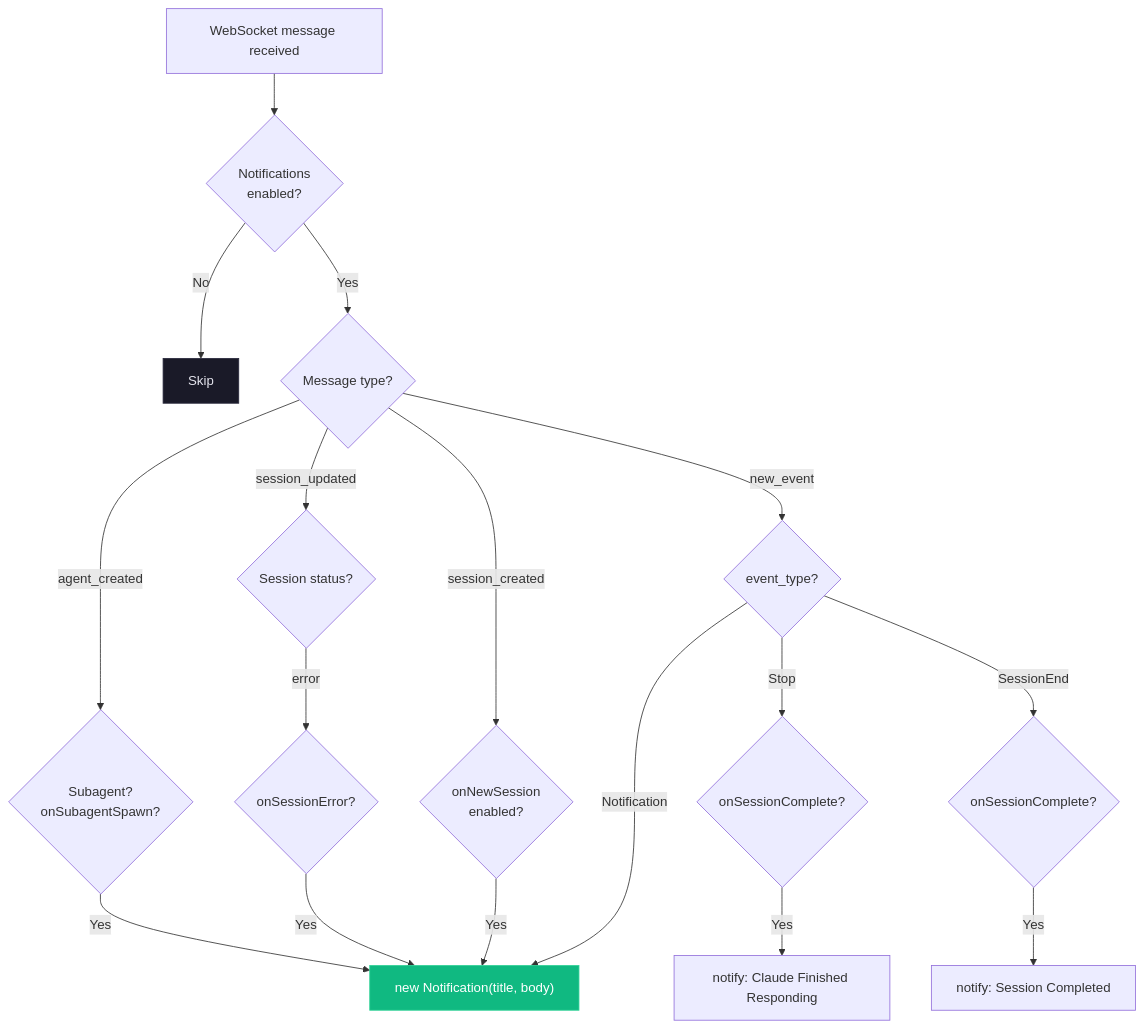
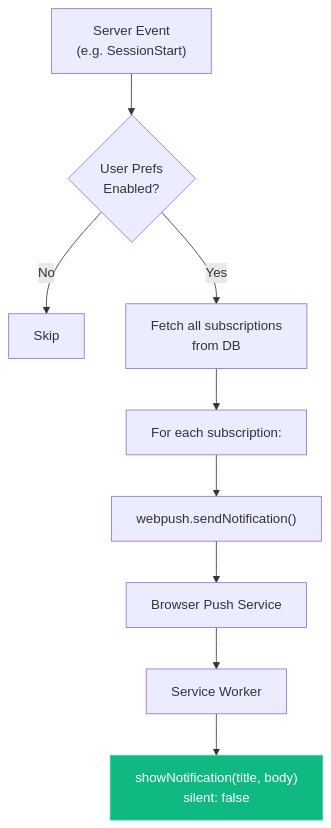
Before and after one commit to hoangsonww/Claude-Code-Agent-Monitor: diagram 24 of 31 in ARCHITECTURE.md, drawn with Mermaid. The commit also changed other lines of this file and 9 other files, not shown here.

First line of the commit message:
feat: add Web Push (VAPID) notifications and update documentation

````diff
--- a/ARCHITECTURE.md
+++ b/ARCHITECTURE.md
@@ -1196,26 +1217,13 @@
 ```mermaid
 flowchart TD
-    MSG["WebSocket message received"] --> CHECK_ENABLED{"Notifications<br/>enabled?"}
-    CHECK_ENABLED -->|No| SKIP[Skip]
-    CHECK_ENABLED -->|Yes| CHECK_TYPE{"Message type?"}
+    EVENT["Server Event<br/>(e.g. SessionStart)"] --> PREFS{"User Prefs<br/>Enabled?"}
+    PREFS -->|No| SKIP[Skip]
+    PREFS -->|Yes| SUBS["Fetch all subscriptions<br/>from DB"]
+    SUBS --> LOOP["For each subscription:"]
+    LOOP --> SEND["webpush.sendNotification()"]
+    SEND --> BROWSER["Browser Push Service"]
+    BROWSER --> SW["Service Worker"]
+    SW --> SHOW["showNotification(title, body)<br/>silent: false"]
 
-    CHECK_TYPE -->|session_created| CHECK_NEW{"onNewSession<br/>enabled?"}
-    CHECK_TYPE -->|session_updated| CHECK_STATUS{"Session status?"}
-    CHECK_TYPE -->|agent_created| CHECK_SUB{"Subagent?<br/>onSubagentSpawn?"}
-    CHECK_TYPE -->|new_event| CHECK_EVENT{"event_type?"}
-
-    CHECK_STATUS -->|error| CHECK_ERROR{"onSessionError?"}
-
-    CHECK_EVENT -->|Stop| CHECK_STOP{"onSessionComplete?"}
-    CHECK_EVENT -->|SessionEnd| CHECK_END{"onSessionComplete?"}
-    CHECK_EVENT -->|Notification| FIRE
-
-    CHECK_NEW -->|Yes| FIRE["new Notification(title, body)"]
-    CHECK_STOP -->|Yes| FIRE_STOP["notify: Claude Finished Responding"]
-    CHECK_END -->|Yes| FIRE_END["notify: Session Completed"]
-    CHECK_ERROR -->|Yes| FIRE
-    CHECK_SUB -->|Yes| FIRE
-
-    style FIRE fill:#10b981,stroke:#34d399,color:#fff
-    style SKIP fill:#1a1a28,stroke:#2a2a3d,color:#e4e4ed
+    style SHOW fill:#10b981,stroke:#34d399,color:#fff
 ```
````
